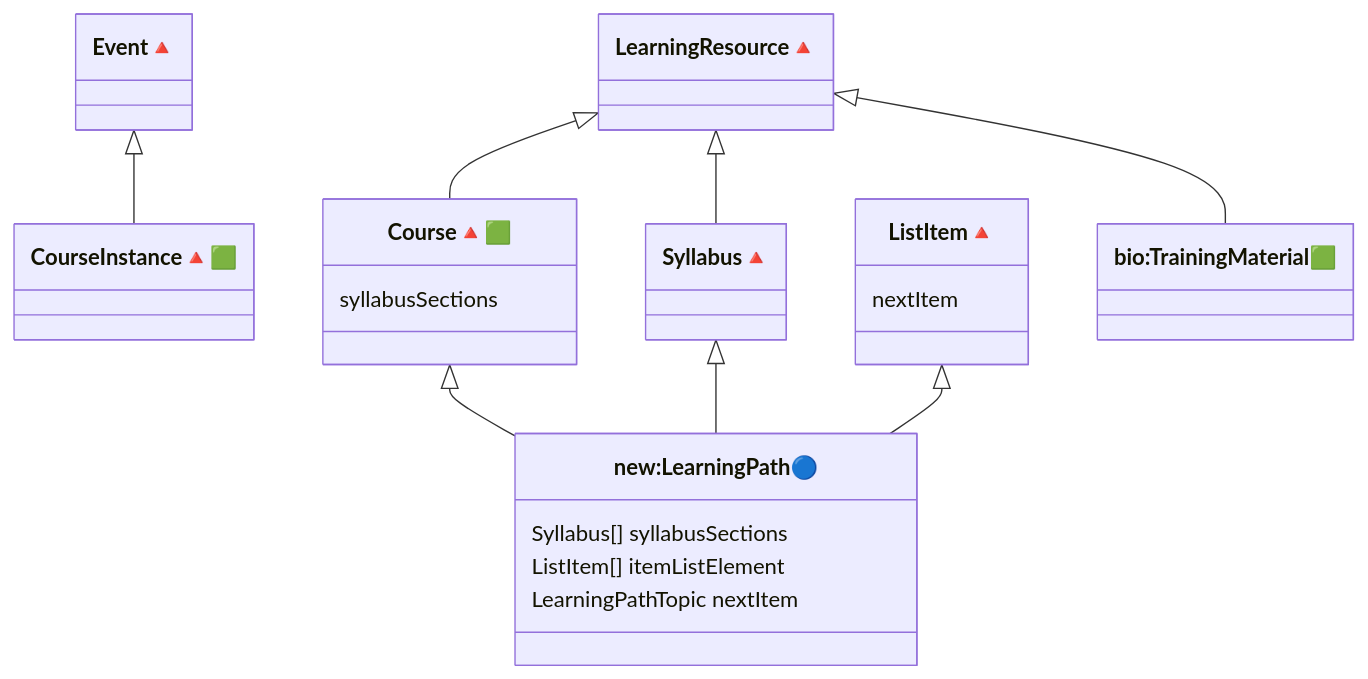
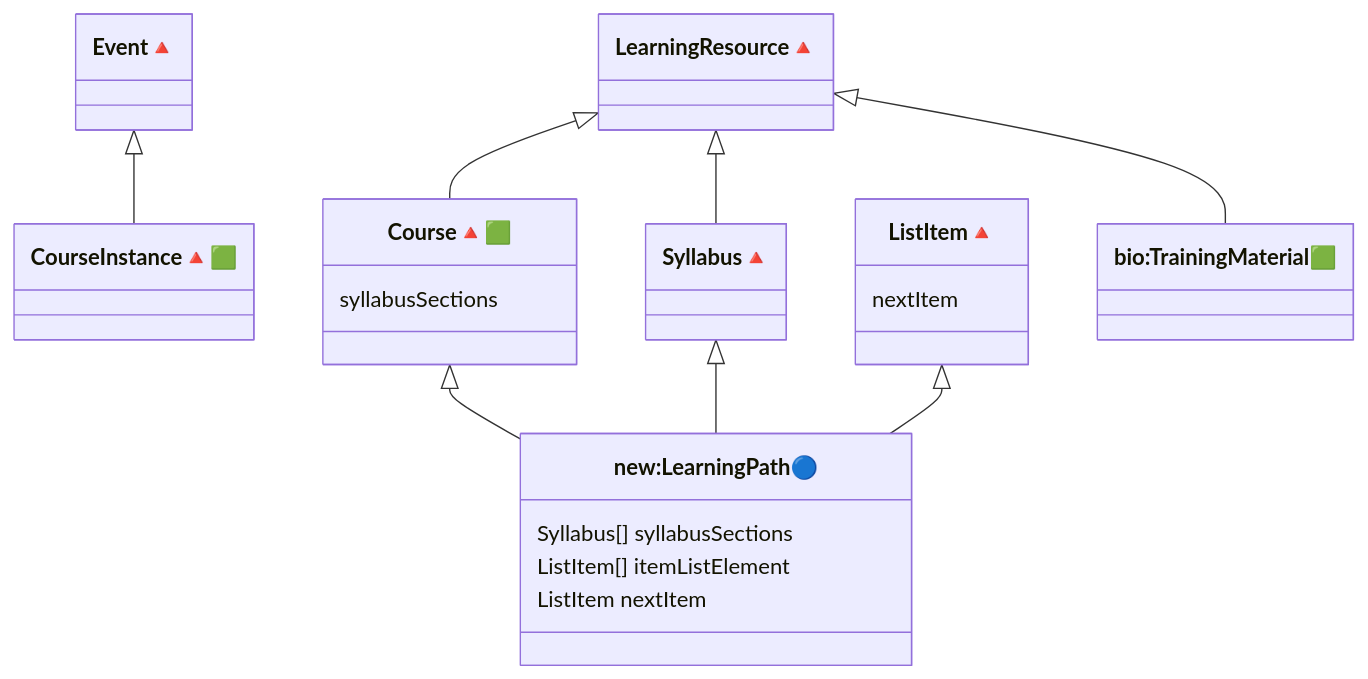
Before and after one commit to BioSchemas/LearningPath-sandbox: the third of 4 diagrams in README.md, drawn with Mermaid. The commit also changed other lines of this file, not shown here.

Commit message:
Update README with module and schema changes

````diff
--- a/README.md
+++ b/README.md
@@ -252,32 +262,32 @@
 ```mermaid
 classDiagram
 direction TB
     class Event["Event🔺"] {
     }
     class CourseInstance["CourseInstance🔺🟩"]  {
     }
     class Course["Course🔺🟩"] {
         syllabusSections
     }
     class new_LearningPath["new:LearningPath🔵"] {
         Syllabus[] syllabusSections
         ListItem[] itemListElement
-        LearningPathTopic nextItem
+        ListItem nextItem
     }
     class ListItem["ListItem🔺"] {
 	    nextItem
     }
     class Syllabus["Syllabus🔺"] {   
     }
     class LearningResource["LearningResource🔺"] {
     }
     class bio_TrainingMaterial["bio:TrainingMaterial🟩"] {
     }
     Course <|-- new_LearningPath
     Syllabus <|-- new_LearningPath
     ListItem <|-- new_LearningPath
     LearningResource <|-- Course
     LearningResource <|-- bio_TrainingMaterial
     LearningResource <|-- Syllabus
     Event <|-- CourseInstance
 ```
````
